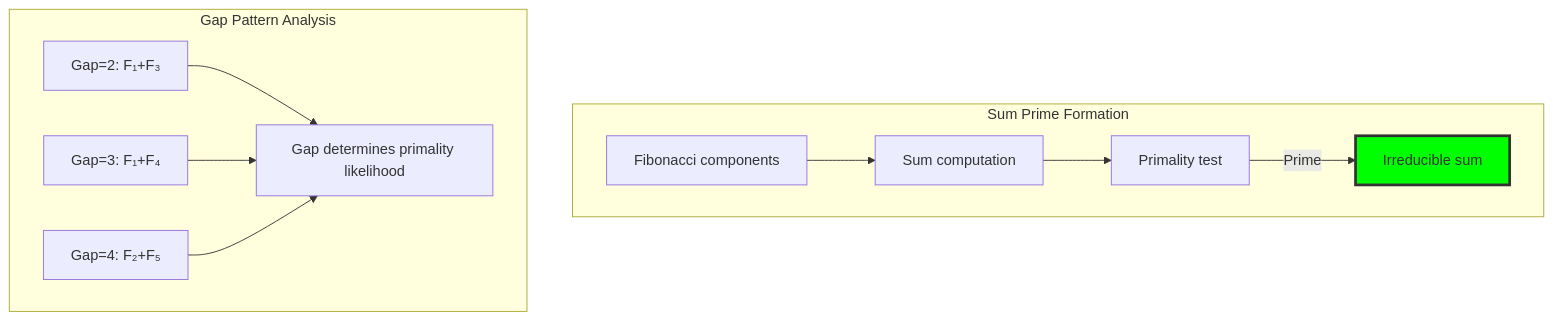
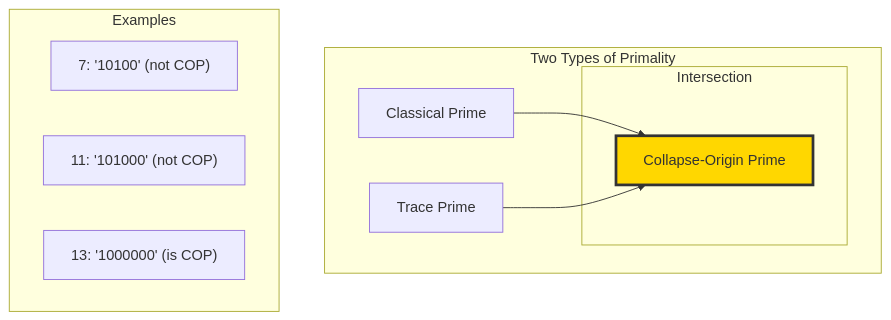
Before and after one commit to loning/the-binarymath: the third of 13 diagrams in docs/codex/volume-01-trace-numbers/chapter-023-prime-trace.md, drawn with Mermaid. The commit also changed other lines of this file and 4 other files, not shown here.

````diff
--- a/docs/codex/volume-01-trace-numbers/chapter-023-prime-trace.md
+++ b/docs/codex/volume-01-trace-numbers/chapter-023-prime-trace.md
@@ -125,25 +173,22 @@
 ```mermaid
 graph TD
-    subgraph "Sum Prime Formation"
-        COMPONENTS["Fibonacci components"]
-        SUM["Sum computation"]
-        PRIME_CHECK["Primality test"]
-        IRREDUCIBLE["Irreducible sum"]
+    subgraph "Two Types of Primality"
+        CLASSICAL["Classical Prime"]
+        STRUCTURAL["Trace Prime"]
         
-        COMPONENTS --> SUM
-        SUM --> PRIME_CHECK
-        PRIME_CHECK -->|"Prime"| IRREDUCIBLE
+        subgraph "Intersection"
+            COP["Collapse-Origin Prime"]
+        end
+        
+        CLASSICAL --> COP
+        STRUCTURAL --> COP
     end
     
-    subgraph "Gap Pattern Analysis"
-        GAP2["Gap=2: F₁+F₃"]
-        GAP3["Gap=3: F₁+F₄"]
-        GAP4["Gap=4: F₂+F₅"]
-        
-        PATTERN["Gap determines primality likelihood"]
-        
-        GAP2 & GAP3 & GAP4 --> PATTERN
+    subgraph "Examples"
+        P7["7: '10100' (not COP)"]
+        P11["11: '101000' (not COP)"]
+        COP13["13: '1000000' (is COP)"]
     end
     
-    style IRREDUCIBLE fill:#0f0,stroke:#333,stroke-width:3px
+    style COP fill:#ffd700,stroke:#333,stroke-width:3px
 ```
````
